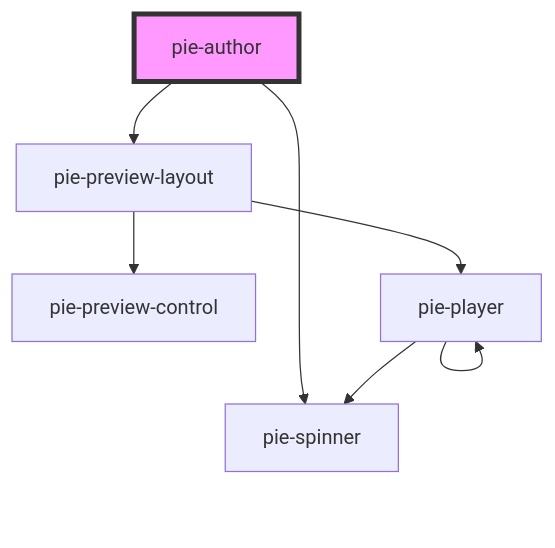
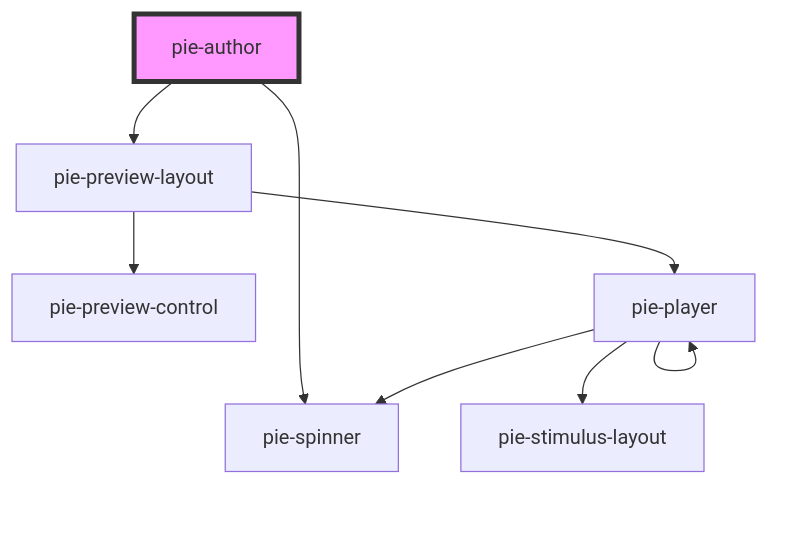
One commit to pie-framework/pie-player-components changed the diagram in src/components/pie-author/readme.md. Above: the diagram before and after it, drawn with Mermaid. The commit also changed other lines of this file and 12 other files, not shown here.

````diff
--- a/src/components/pie-author/readme.md
+++ b/src/components/pie-author/readme.md
@@ -54,10 +54,11 @@
 ```mermaid
 graph TD;
   pie-author --> pie-preview-layout
   pie-author --> pie-spinner
   pie-preview-layout --> pie-preview-control
   pie-preview-layout --> pie-player
+  pie-player --> pie-stimulus-layout
   pie-player --> pie-player
   pie-player --> pie-spinner
   style pie-author fill:#f9f,stroke:#333,stroke-width:4px
 ```
````
